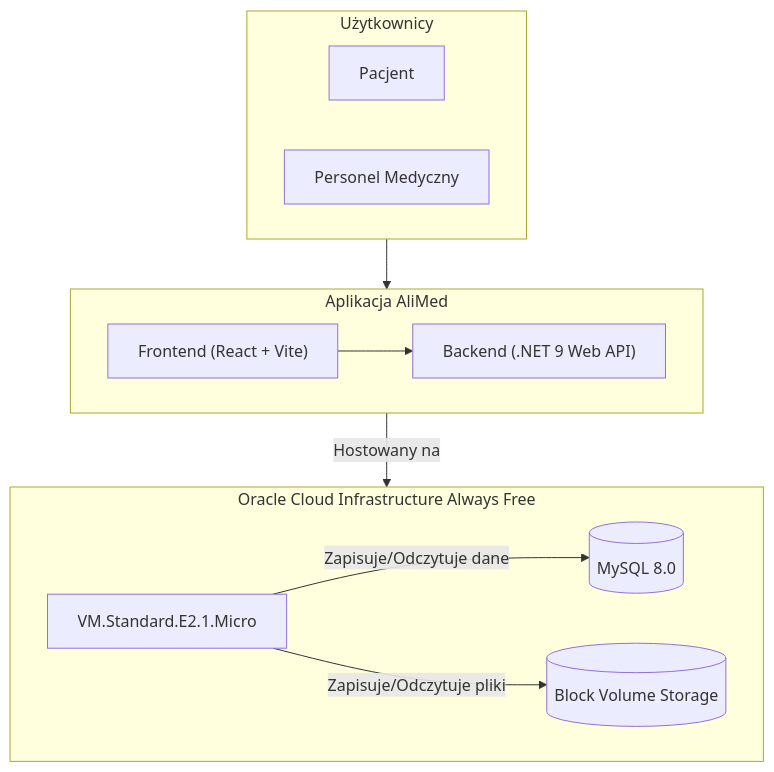
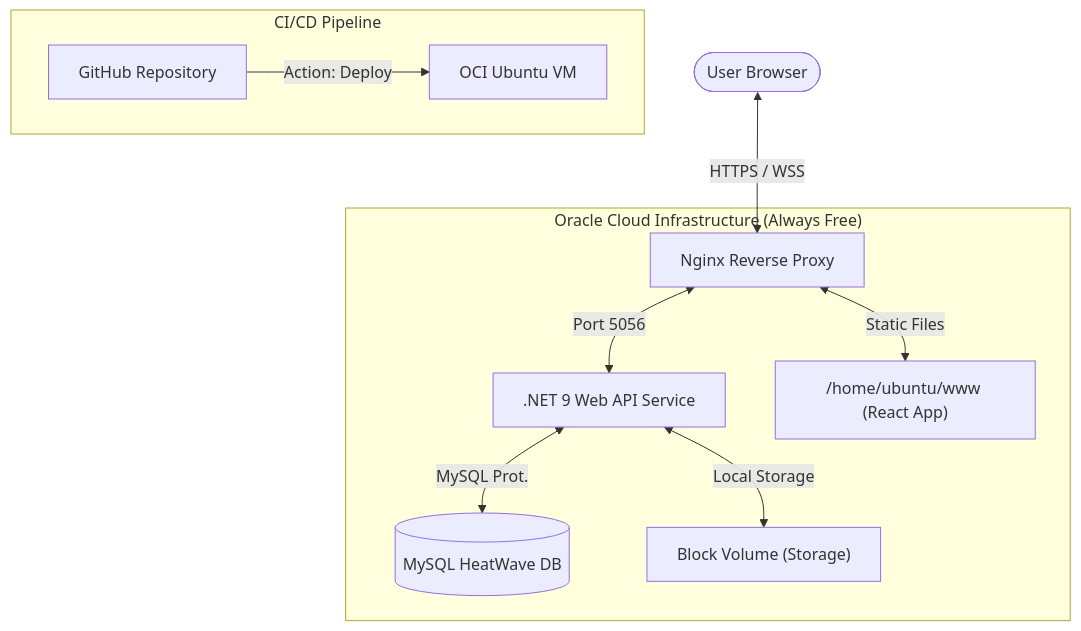
Before and after one commit to WSB-University-Problem-Based-Learning/AliMed: the diagram in README.md, drawn with Mermaid. The commit also changed other lines of this file and 2 other files, not shown here.

````diff
--- a/README.md
+++ b/README.md
@@ -88,27 +78,16 @@
 ```mermaid
-flowchart TD
-    subgraph User["Użytkownicy"]
-        direction LR
-        Patient["Pacjent"]
-        Staff["Personel Medyczny"]
+graph TD
+    User([User Browser]) <--> |HTTPS / WSS| Nginx[Nginx Reverse Proxy]
+    
+    subgraph OCI ["Oracle Cloud Infrastructure (Always Free)"]
+        Nginx <--> |Port 5056| API[".NET 9 Web API Service"]
+        Nginx <--> |Static Files| WebDir["/home/ubuntu/www (React App)"]
+        
+        API <--> |MySQL Prot.| DB[(MySQL HeatWave DB)]
+        API <--> |Local Storage| Files["Block Volume (Storage)"]
     end
 
-    subgraph AliMedApp["Aplikacja AliMed"]
-        direction LR
-        Frontend["Frontend (React + Vite)"]
-        Backend["Backend (.NET 9 Web API)"]
+    subgraph Automation ["CI/CD Pipeline"]
+        GH[GitHub Repository] -->|Action: Deploy| VM[OCI Ubuntu VM]
     end
-
-    subgraph OracleCloud [Oracle Cloud Infrastructure Always Free]
-        direction LR
-        VM["VM.Standard.E2.1.Micro"]
-        DB[("MySQL 8.0")]
-        BlockStorage[("Block Volume Storage")]
-    end
-
-    User --> Frontend
-    Frontend --> Backend
-    Backend -- Hostowany na --> VM
-    VM -- Zapisuje/Odczytuje dane --> DB
-    VM -- Zapisuje/Odczytuje pliki --> BlockStorage
 ```
````
